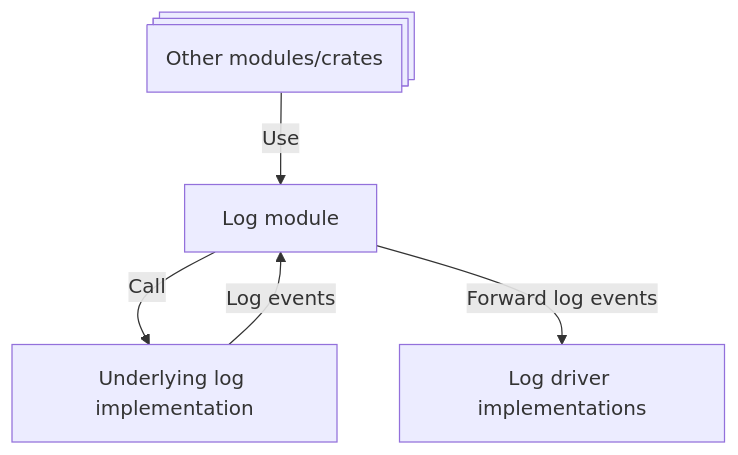
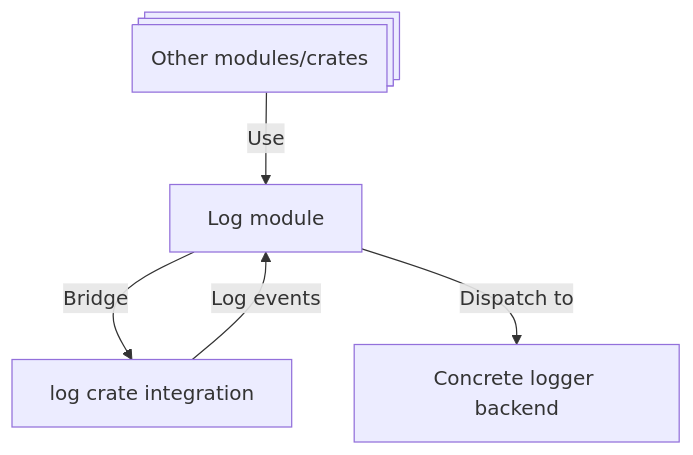
The diagram in src/guide/architecture/modules/log.md (Xila-Project/Website), drawn with Mermaid before and after one commit. The commit also changed other lines of this file, not shown here.

Commit message:
feat: update Log module documentation with enhanced descriptions of features, architecture, and limitations

````diff
--- a/src/guide/architecture/modules/log.md
+++ b/src/guide/architecture/modules/log.md
@@ -29,13 +33,13 @@
 ```mermaid
 graph TD
     A@{ shape: processes, label: "Other modules/crates" }
-    Log_crate[Log crate]
+    Log_crate[log crate integration]
     Log_module[Log module]
     Driver
 
     A -->|Use| Log_module
-    Log_module -->|Call| Log_crate[Underlying log implementation]
+    Log_module -->|Bridge| Log_crate
     Log_crate -->|Log events| Log_module
 
-    Log_module -->|Forward log events| Driver[Log driver implementations]
+    Log_module -->|Dispatch to| Driver[Concrete logger backend]
 ```
````
